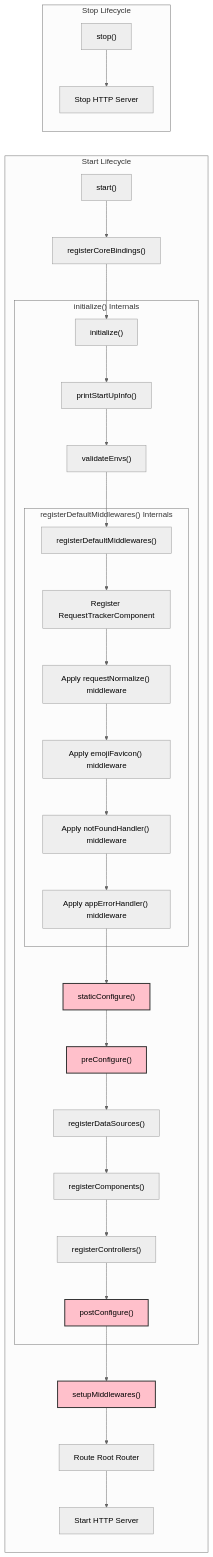
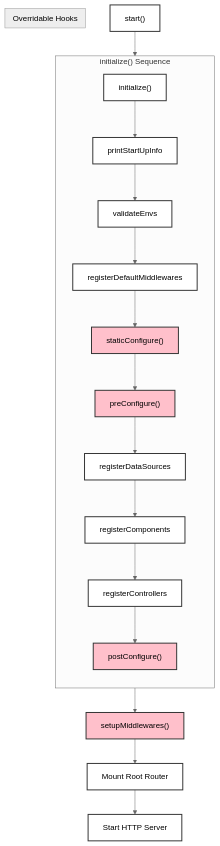
One commit to VENIZIA-AI/ignis changed the diagram in packages/docs/get-started/core-concepts/application.md. Above: the diagram before and after it, drawn with Mermaid (neutral theme). The commit also changed other lines of this file and 58 other files, not shown here.

````diff
--- a/packages/docs/get-started/core-concepts/application.md
+++ b/packages/docs/get-started/core-concepts/application.md
@@ -100,38 +86,31 @@
 ```mermaid
-%%{init: { "panZoom": true } }%%
-graph LR
-    subgraph "Start Lifecycle"
-        A["start()"] --> A1["registerCoreBindings()"];
-        A1 --> B["initialize()"];
-        
-        subgraph "initialize() Internals"
-            B --> B1["printStartUpInfo()"];
-            B1 --> B2["validateEnvs()"];
-            B2 --> B3["registerDefaultMiddlewares()"];
-                subgraph "registerDefaultMiddlewares() Internals"
-                    B3 --> B3a["Register RequestTrackerComponent"];
-                    B3a --> B3b["Apply requestNormalize() middleware"];
-                    B3b --> B3c["Apply emojiFavicon() middleware"];
-                    B3c --> B3d["Apply notFoundHandler() middleware"];
-                    B3d --> B3e["Apply appErrorHandler() middleware"];
-                end
-            B3e --> B4["staticConfigure()"];
-            B4 --> B5["preConfigure()"];
-            B5 --> B6["registerDataSources()"];
-            B6 --> B7["registerComponents()"];
-            B7 --> B8["registerControllers()"];
-            B8 --> B9["postConfigure()"];
-        end
-
-        B9 --> C["setupMiddlewares()"];
-        C --> D["Route Root Router"];
-        D --> E["Start HTTP Server"];
+%%{init: { "flowchart": { "useMaxWidth": true } } }%%
+graph TD
+    A["start()"] --> B["initialize()"];
+    
+    subgraph "initialize() Sequence"
+        direction TB
+        B --> B1["printStartUpInfo"];
+        B1 --> B2["validateEnvs"];
+        B2 --> B3["registerDefaultMiddlewares"];
+        B3 --> B4["staticConfigure()"];
+        B4 --> B5["preConfigure()"];
+        B5 --> B6["registerDataSources"];
+        B6 --> B7["registerComponents"];
+        B7 --> B8["registerControllers"];
+        B8 --> B9["postConfigure()"];
     end
 
-    subgraph "Stop Lifecycle"
-        F["stop()"] --> G["Stop HTTP Server"];
+    B9 --> C["setupMiddlewares()"];
+    C --> D["Mount Root Router"];
+    D --> E["Start HTTP Server"];
+
+    subgraph "Overridable Hooks"
+      style B4 fill:#ffc0cb,stroke:#333
+      style B5 fill:#ffc0cb,stroke:#333
+      style B9 fill:#ffc0cb,stroke:#333
+      style C fill:#ffc0cb,stroke:#333
     end
 
-    classDef hook fill:#ffc0cb,stroke:#333,stroke-width:2px;
-    class B4,B5,B9,C hook;
+    classDef default fill:#fff,stroke:#333,stroke-width:2px;
 ```
````
